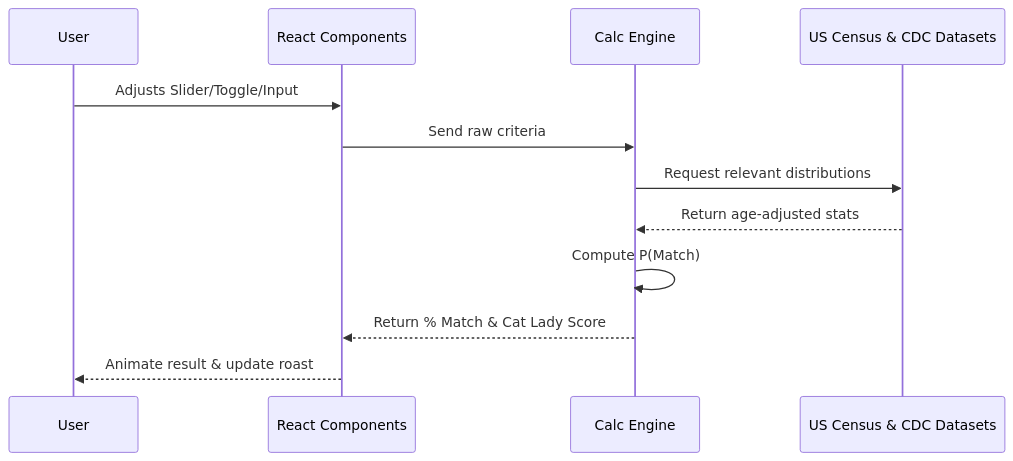
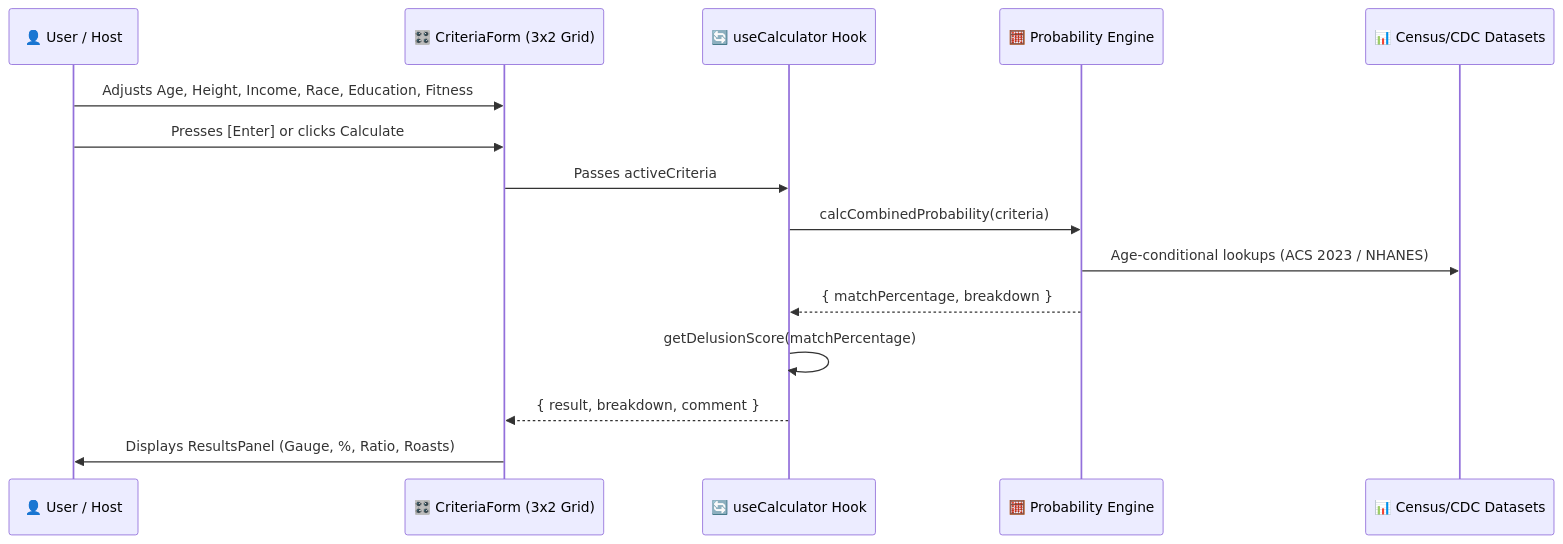
The second of 2 diagrams in docs/ARCHITECTURE.md (anmolsharma152/Delusion-Calculator), drawn with Mermaid before and after one commit. The commit also changed other lines of this file and 5 other files, not shown here.

Commit message:
docs: update technical architecture, frontend design, data strategy, and AI agent guidelines

````diff
--- a/docs/ARCHITECTURE.md
+++ b/docs/ARCHITECTURE.md
@@ -43,15 +51,18 @@
 ```mermaid
 sequenceDiagram
-    participant User
-    participant UI as React Components
-    participant Engine as Calc Engine
-    participant StaticData as US Census & CDC Datasets
-    
-    User->>UI: Adjusts Slider/Toggle/Input
-    UI->>Engine: Send raw criteria
-    Engine->>StaticData: Request relevant distributions
-    StaticData-->>Engine: Return age-adjusted stats
-    Engine->>Engine: Compute P(Match)
-    Engine-->>UI: Return % Match & Cat Lady Score
-    UI-->>User: Animate result & update roast
+    participant User as 👤 User / Host
+    participant UI as 🎛️ CriteriaForm (3x2 Grid)
+    participant Hook as 🔄 useCalculator Hook
+    participant Engine as 🧮 Probability Engine
+    participant Data as 📊 Census/CDC Datasets
+
+    User->>UI: Adjusts Age, Height, Income, Race, Education, Fitness
+    User->>UI: Presses [Enter] or clicks Calculate
+    UI->>Hook: Passes activeCriteria
+    Hook->>Engine: calcCombinedProbability(criteria)
+    Engine->>Data: Age-conditional lookups (ACS 2023 / NHANES)
+    Engine-->>Hook: { matchPercentage, breakdown }
+    Hook->>Hook: getDelusionScore(matchPercentage)
+    Hook-->>UI: { result, breakdown, comment }
+    UI->>User: Displays ResultsPanel (Gauge, %, Ratio, Roasts)
 ```
````
